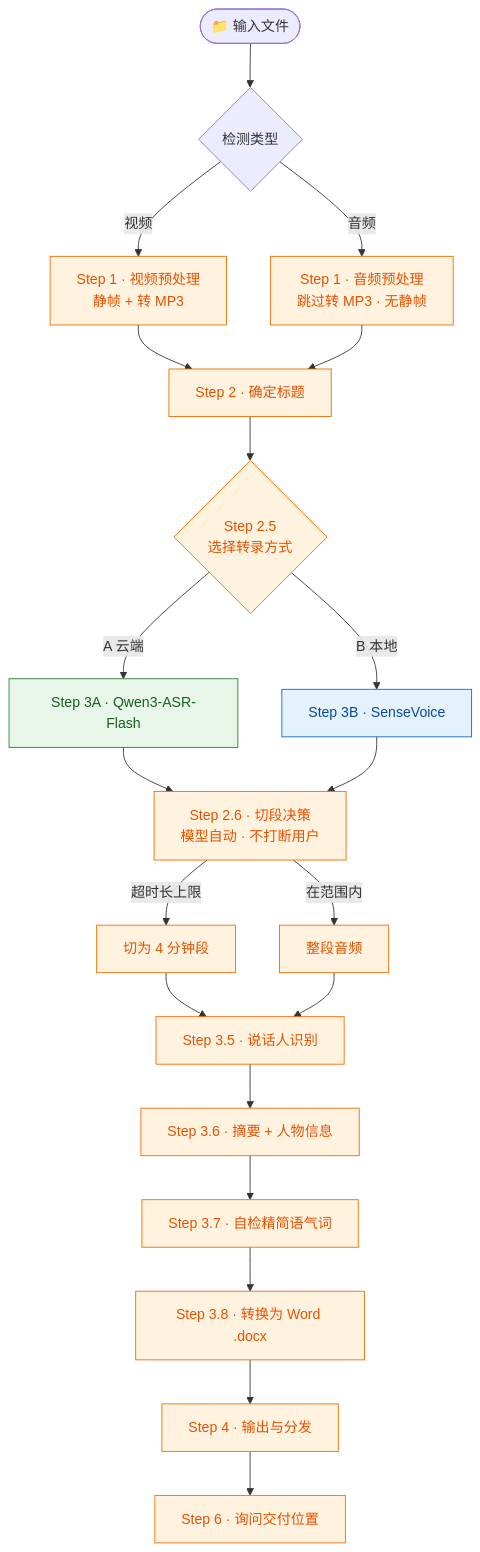
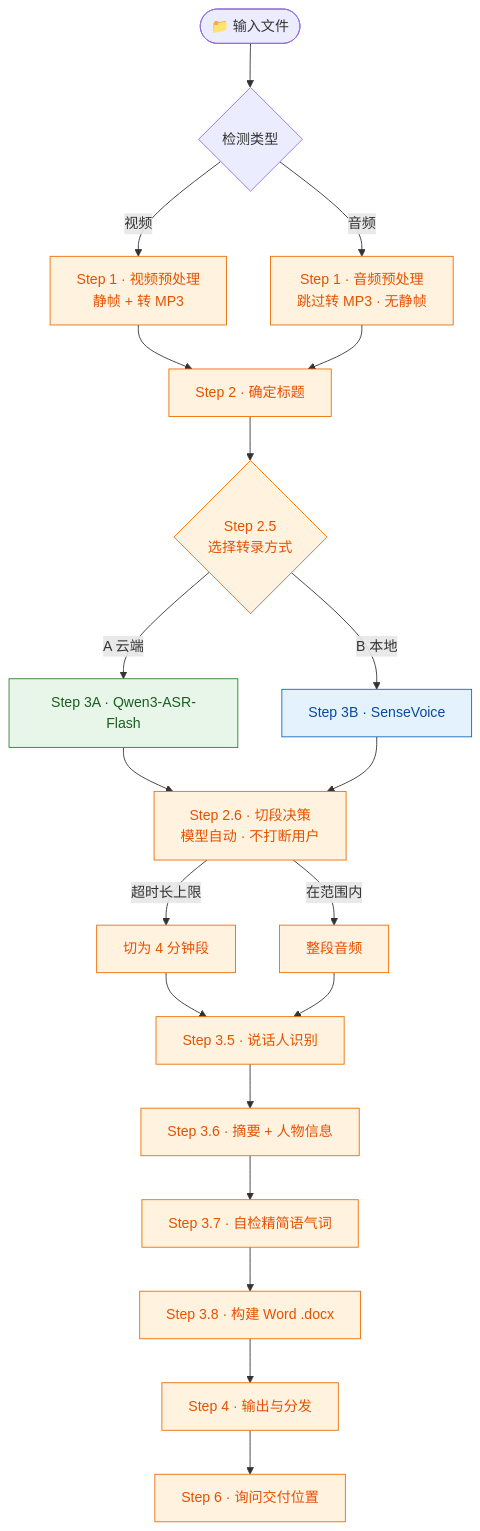
The diagram in README.md (torylyj/interview-transcriber), drawn with Mermaid before and after one commit. The commit also changed other lines of this file and 6 other files, not shown here.

````diff
--- a/README.md
+++ b/README.md
@@ -155,31 +155,31 @@
 ```mermaid
 flowchart TD
     IN([📁 输入文件]) --> DET{检测类型}
     DET -->|视频| S1v[Step 1 · 视频预处理<br/>静帧 + 转 MP3]
     DET -->|音频| S1a[Step 1 · 音频预处理<br/>跳过转 MP3 · 无静帧]
     S1v --> S2[Step 2 · 确定标题]
     S1a --> S2
     S2 --> S25{Step 2.5<br/>选择转录方式}
     S25 -->|A 云端| S3A[Step 3A · Qwen3-ASR-Flash]
     S25 -->|B 本地| S3B[Step 3B · SenseVoice]
     S3A --> S26
     S3B --> S26
     S26[Step 2.6 · 切段决策<br/>模型自动 · 不打断用户]
     S26 -->|超时长上限| SEG[切为 4 分钟段]
     S26 -->|在范围内| NSEG[整段音频]
     SEG --> S35
     NSEG --> S35
     S35[Step 3.5 · 说话人识别] --> S36[Step 3.6 · 摘要 + 人物信息]
     S36 -->     S37[Step 3.7 · 自检精简语气词]
-    S37 --> S38[Step 3.8 · 转换为 Word .docx]
+    S37 --> S38[Step 3.8 · 构建 Word .docx]
     S38 --> S4[Step 4 · 输出与分发]
     S4 --> S6[Step 6 · 询问交付位置]
 
     classDef cloud fill:#e8f5e9,stroke:#2e7d32,color:#1b5e20;
     classDef local fill:#e3f2fd,stroke:#1565c0,color:#0d47a1;
     classDef main fill:#fff3e0,stroke:#ef6c00,color:#e65100;
     class S3A cloud;
     class S3B local;
     class S1v,S1a,S2,S25,S26,S35,S36,S37,S38,S4,S6,SEG,NSEG main;
     linkStyle default stroke-width:1px;
 ```
````
